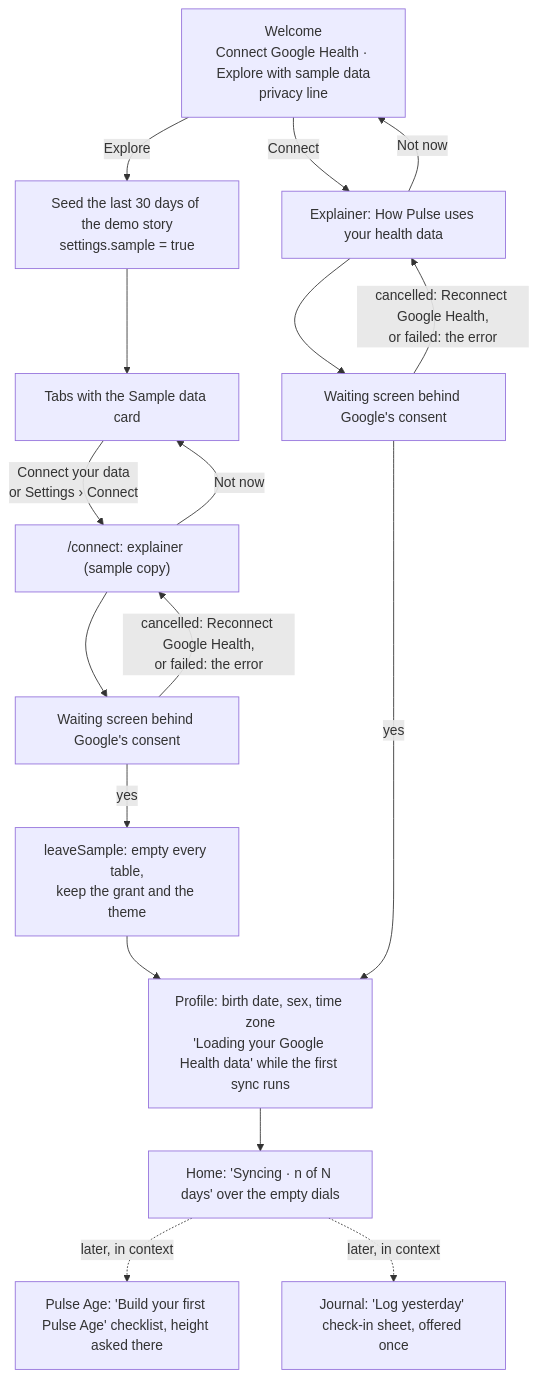
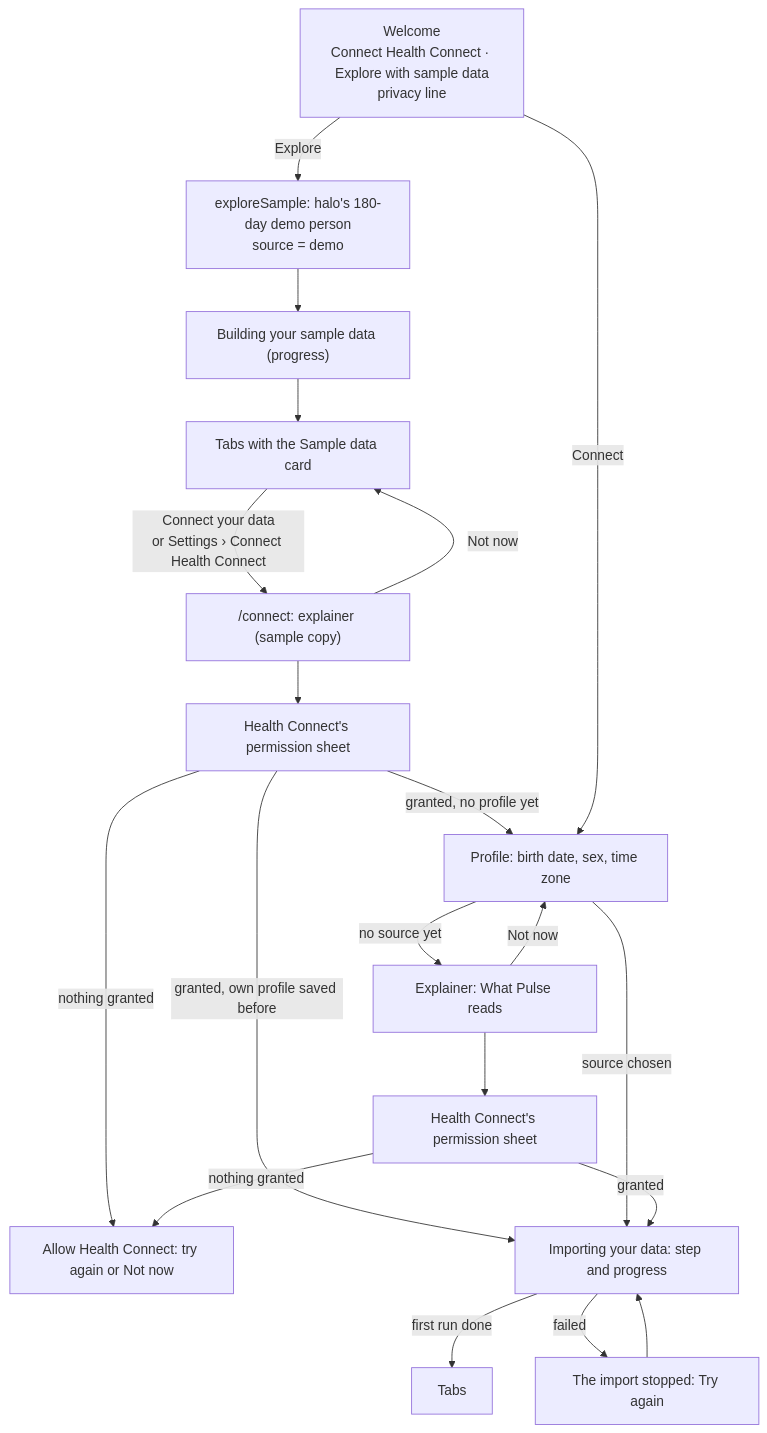
Before and after one commit to Gwadaboy75/pulse-mobile: the first of 2 diagrams in docs/onboarding.md, drawn with Mermaid. The commit also changed other lines of this file and 7 other files, not shown here.

First line of the commit message:
docs: Health Connect only, Android only, halo as the engine reference

````diff
--- a/docs/onboarding.md
+++ b/docs/onboarding.md
@@ -9,19 +9,22 @@
 ```mermaid
 flowchart TD
-  W["Welcome<br/>Connect Google Health · Explore with sample data<br/>privacy line"] -->|Explore| S["Seed the last 30 days of the demo story<br/>settings.sample = true"]
-  S --> HS["Tabs with the Sample data card"]
-  HS -->|"Connect your data<br/>or Settings › Connect"| CX["/connect: explainer (sample copy)"]
+  W["Welcome<br/>Connect Health Connect · Explore with sample data<br/>privacy line"] -->|Explore| S["exploreSample: halo's 180-day demo person<br/>source = demo"]
+  S --> I2["Building your sample data (progress)"]
+  I2 --> HS["Tabs with the Sample data card"]
+  HS -->|"Connect your data<br/>or Settings › Connect Health Connect"| CX["/connect: explainer (sample copy)"]
   CX -->|Not now| HS
-  CX --> CO["Waiting screen behind Google's consent"]
-  CO -->|"cancelled: Reconnect Google Health,<br/>or failed: the error"| CX
-  CO -->|yes| L["leaveSample: empty every table,<br/>keep the grant and the theme"]
-  L --> P
-  W -->|Connect| X["Explainer: How Pulse uses your health data"]
-  X -->|Not now| W
-  X --> O["Waiting screen behind Google's consent"]
-  O -->|"cancelled: Reconnect Google Health,<br/>or failed: the error"| X
-  O -->|yes| P["Profile: birth date, sex, time zone<br/>'Loading your Google Health data' while the first sync runs"]
-  P --> H["Home: 'Syncing · n of N days' over the empty dials"]
-  H -.later, in context.-> A["Pulse Age: 'Build your first Pulse Age' checklist, height asked there"]
-  H -.later, in context.-> J["Journal: 'Log yesterday' check-in sheet, offered once"]
+  CX --> SH["Health Connect's permission sheet"]
+  SH -->|nothing granted| R["Allow Health Connect: try again or Not now"]
+  SH -->|granted, own profile saved before| I
+  SH -->|granted, no profile yet| P
+  W -->|Connect| P["Profile: birth date, sex, time zone"]
+  P -->|no source yet| X["Explainer: What Pulse reads"]
+  P -->|source chosen| I
+  X -->|Not now| P
+  X --> SH2["Health Connect's permission sheet"]
+  SH2 -->|nothing granted| R
+  SH2 -->|granted| I["Importing your data: step and progress"]
+  I -->|first run done| H["Tabs"]
+  I -->|failed| E["The import stopped: Try again"]
+  E --> I
 ```
````
